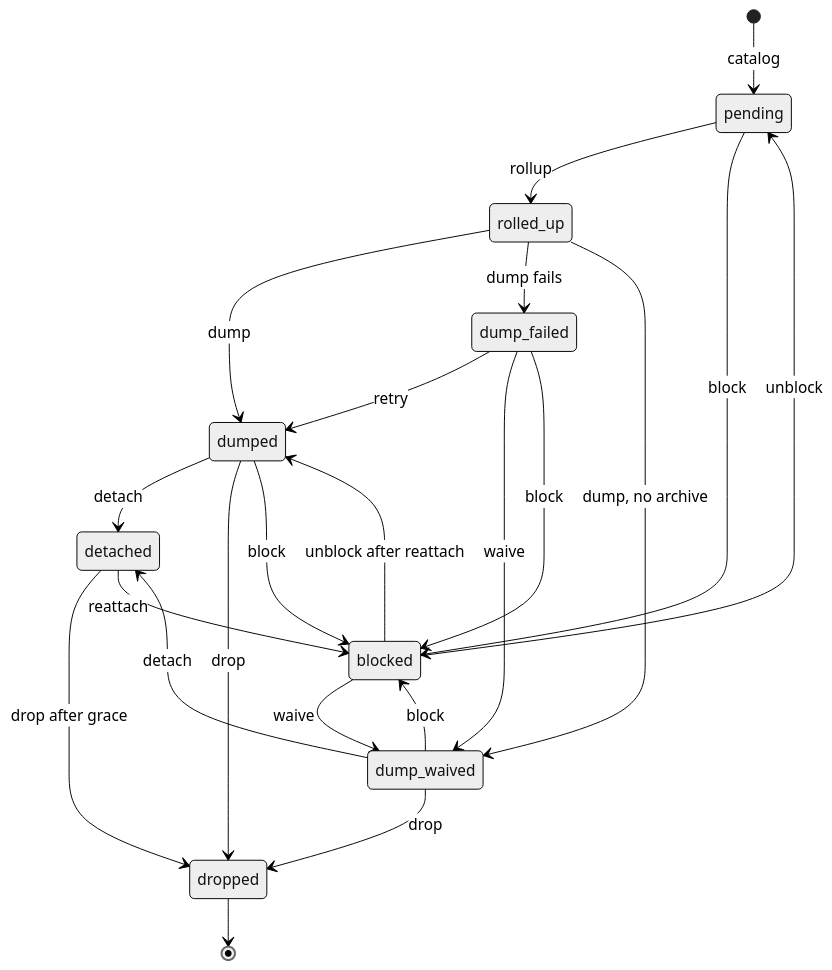
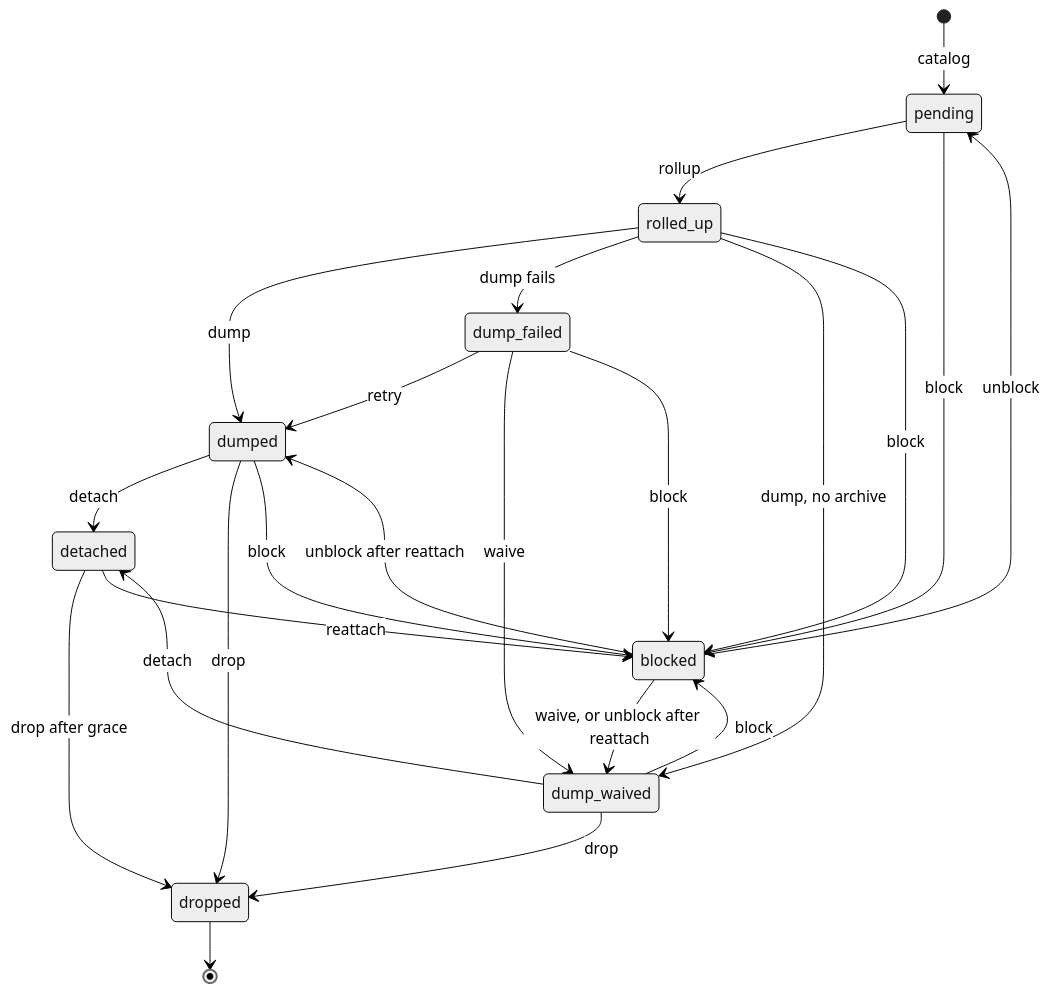
One commit to Haidra-Org/AI-Horde changed the first of 2 diagrams in docs/explanation/kudos_retention.md. Above: the diagram before and after it, drawn with Mermaid (neutral theme). The commit also changed other lines of this file and 14 other files, not shown here.

````diff
--- a/docs/explanation/kudos_retention.md
+++ b/docs/explanation/kudos_retention.md
@@ -98,24 +100,25 @@
 ```mermaid
 stateDiagram-v2
     [*] --> pending: catalog
     pending --> rolled_up: rollup
     rolled_up --> dumped: dump
     rolled_up --> dump_failed: dump fails
     rolled_up --> dump_waived: dump, no archive
     dump_failed --> dumped: retry
     dump_failed --> dump_waived: waive
     dumped --> detached: detach
     dump_waived --> detached: detach
     dumped --> dropped: drop
     dump_waived --> dropped: drop
     detached --> dropped: drop after grace
     pending --> blocked: block
+    rolled_up --> blocked: block
     dump_failed --> blocked: block
     dumped --> blocked: block
     dump_waived --> blocked: block
     detached --> blocked: reattach
     blocked --> pending: unblock
-    blocked --> dump_waived: waive
+    blocked --> dump_waived: waive, or unblock after reattach
     blocked --> dumped: unblock after reattach
     dropped --> [*]
 ```
````
